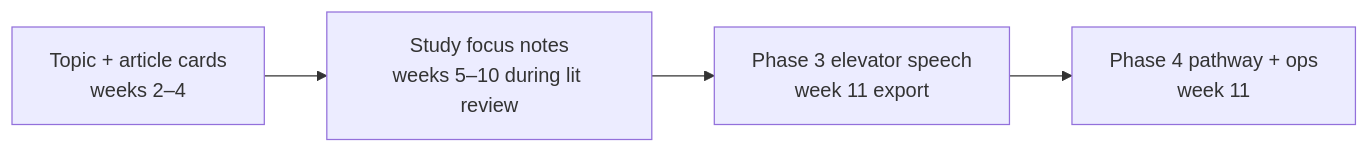
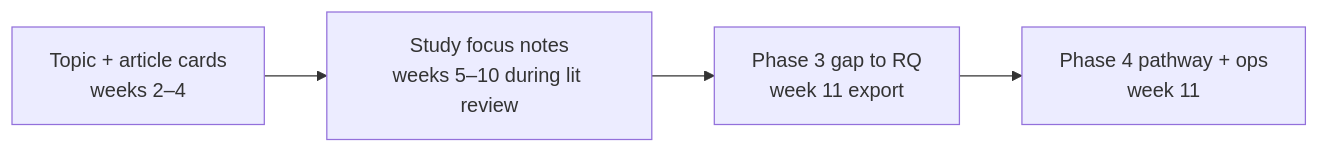
One commit to ChrisN-T4D/statassignments changed the diagram in docs/superpowers/specs/2026-09-15-capstone-worksheets-studio-design.md. Above: the diagram before and after it, drawn with Mermaid. The commit also changed other lines of this file and 18 other files, not shown here.

First line of the commit message:
docs(rm): align Phase 3/4 schemas with Canvas assignment instructions

````diff
--- a/docs/superpowers/specs/2026-09-15-capstone-worksheets-studio-design.md
+++ b/docs/superpowers/specs/2026-09-15-capstone-worksheets-studio-design.md
@@ -51,6 +51,6 @@
 ```mermaid
 flowchart LR
   A[Topic + article cards<br/>weeks 2–4] --> B[Study focus notes<br/>weeks 5–10 during lit review]
-  B --> C[Phase 3 elevator speech<br/>week 11 export]
+  B --> C[Phase 3 gap to RQ<br/>week 11 export]
   C --> D[Phase 4 pathway + ops<br/>week 11]
 ```
````
